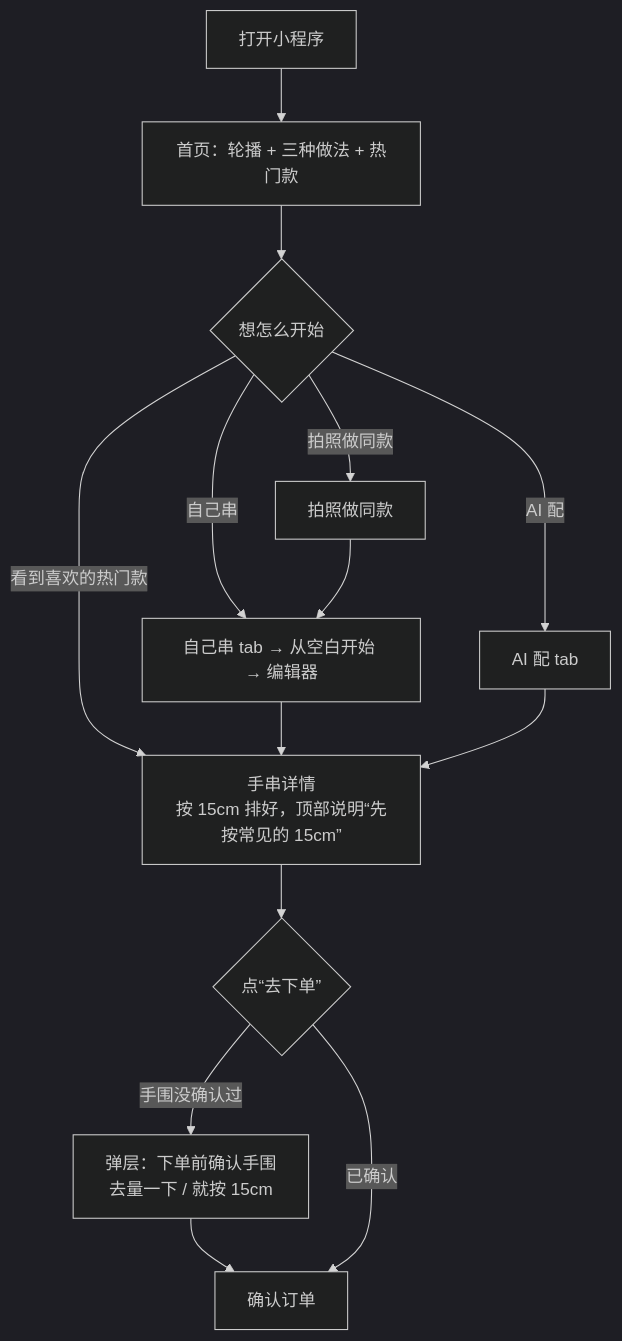
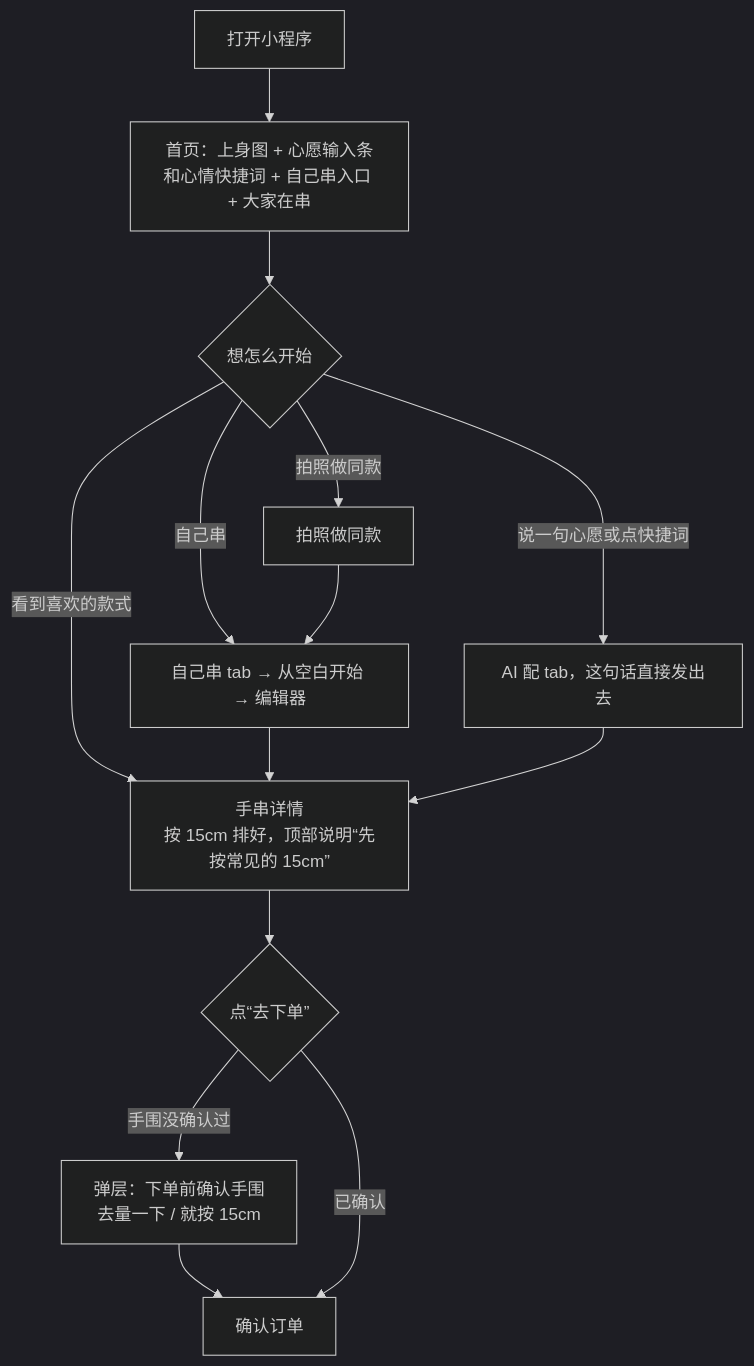
Before and after one commit to gachiqachi-netizen/-: the first of 7 diagrams in docs/design/02-core-flows.md, drawn with Mermaid (dark theme). The commit also changed other lines of this file and 5 other files, not shown here.

````diff
--- a/docs/design/02-core-flows.md
+++ b/docs/design/02-core-flows.md
@@ -25,16 +26,16 @@
 ```mermaid
 flowchart TD
-  A[打开小程序] --> B[首页：轮播 + 三种做法 + 热门款]
+  A[打开小程序] --> B[首页：上身图 + 心愿输入条和心情快捷词 + 自己串入口 + 大家在串]
   B --> C{想怎么开始}
-  C -- 看到喜欢的热门款 --> D[手串详情<br/>按 15cm 排好，顶部说明“先按常见的 15cm”]
+  C -- 看到喜欢的款式 --> D[手串详情<br/>按 15cm 排好，顶部说明“先按常见的 15cm”]
   C -- 自己串 --> E[自己串 tab → 从空白开始 → 编辑器]
-  C -- AI 配 --> F[AI 配 tab]
+  C -- 说一句心愿或点快捷词 --> F[AI 配 tab，这句话直接发出去]
   C -- 拍照做同款 --> G[拍照做同款]
   D --> H{点“去下单”}
   E --> D
   F --> D
   G --> E
   H -- 手围没确认过 --> I[弹层：下单前确认手围<br/>去量一下 / 就按 15cm]
   I --> J[确认订单]
   H -- 已确认 --> J
 ```
````
